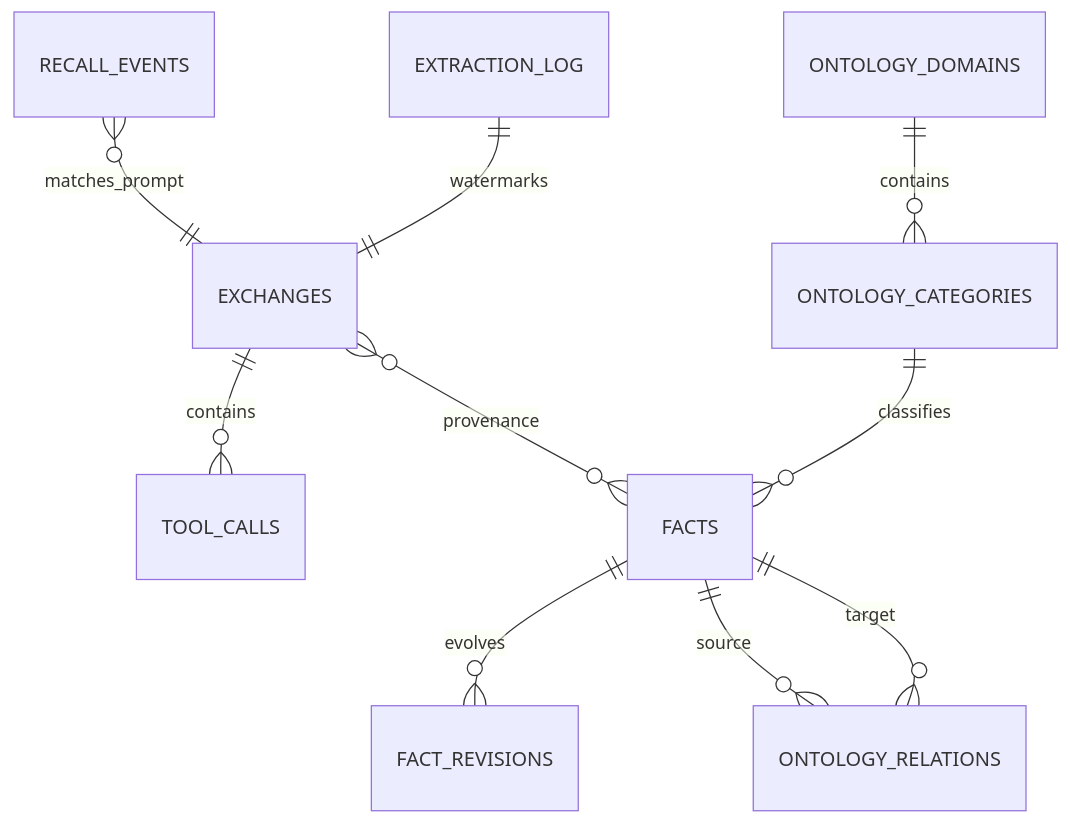
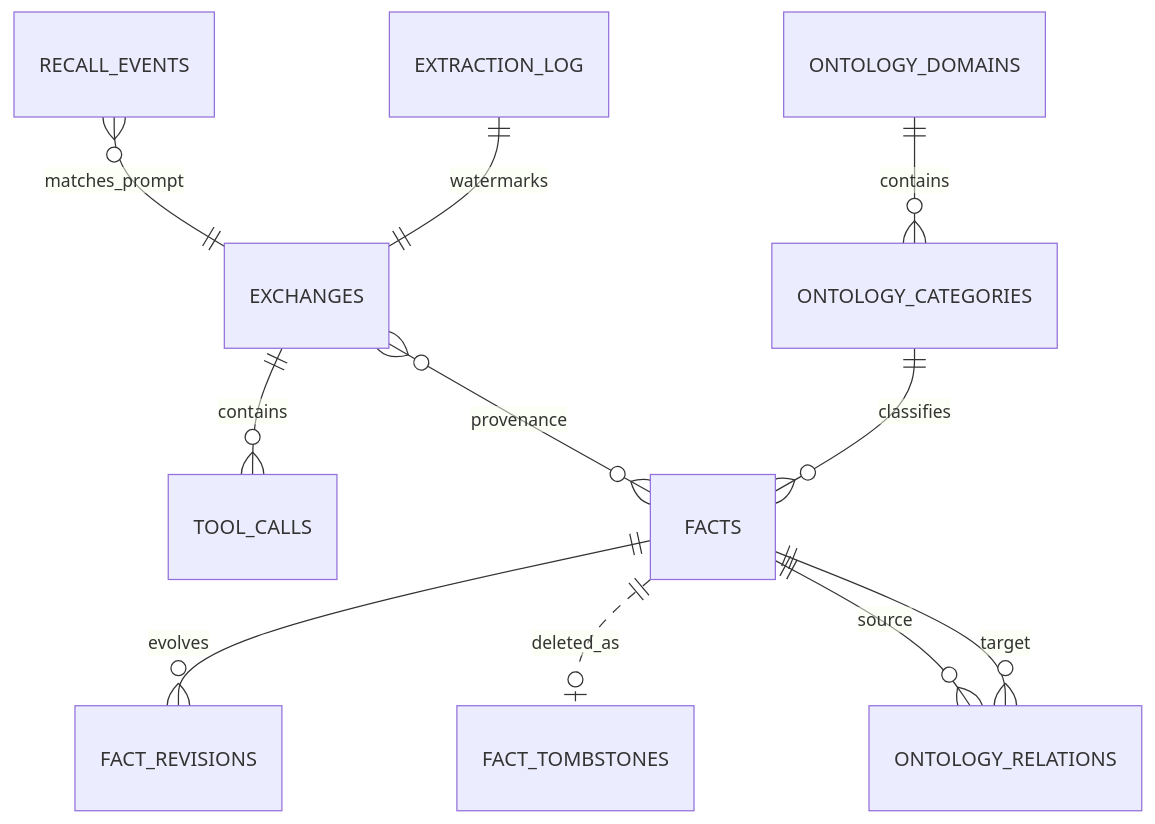
The diagram in docs/SCHEMA.md (BongSuCHOI/memex), drawn with Mermaid before and after one commit. The commit also changed other lines of this file and 33 other files, not shown here.

````diff
--- a/docs/SCHEMA.md
+++ b/docs/SCHEMA.md
@@ -18,12 +18,13 @@
 ```mermaid
 erDiagram
     EXCHANGES ||--o{ TOOL_CALLS : contains
     RECALL_EVENTS }o--|| EXCHANGES : matches_prompt
     EXCHANGES }o--o{ FACTS : provenance
     FACTS ||--o{ FACT_REVISIONS : evolves
+    FACTS ||..o| FACT_TOMBSTONES : deleted_as
     ONTOLOGY_DOMAINS ||--o{ ONTOLOGY_CATEGORIES : contains
     ONTOLOGY_CATEGORIES ||--o{ FACTS : classifies
     FACTS ||--o{ ONTOLOGY_RELATIONS : source
     FACTS ||--o{ ONTOLOGY_RELATIONS : target
     EXTRACTION_LOG ||--|| EXCHANGES : watermarks
 ```
````
